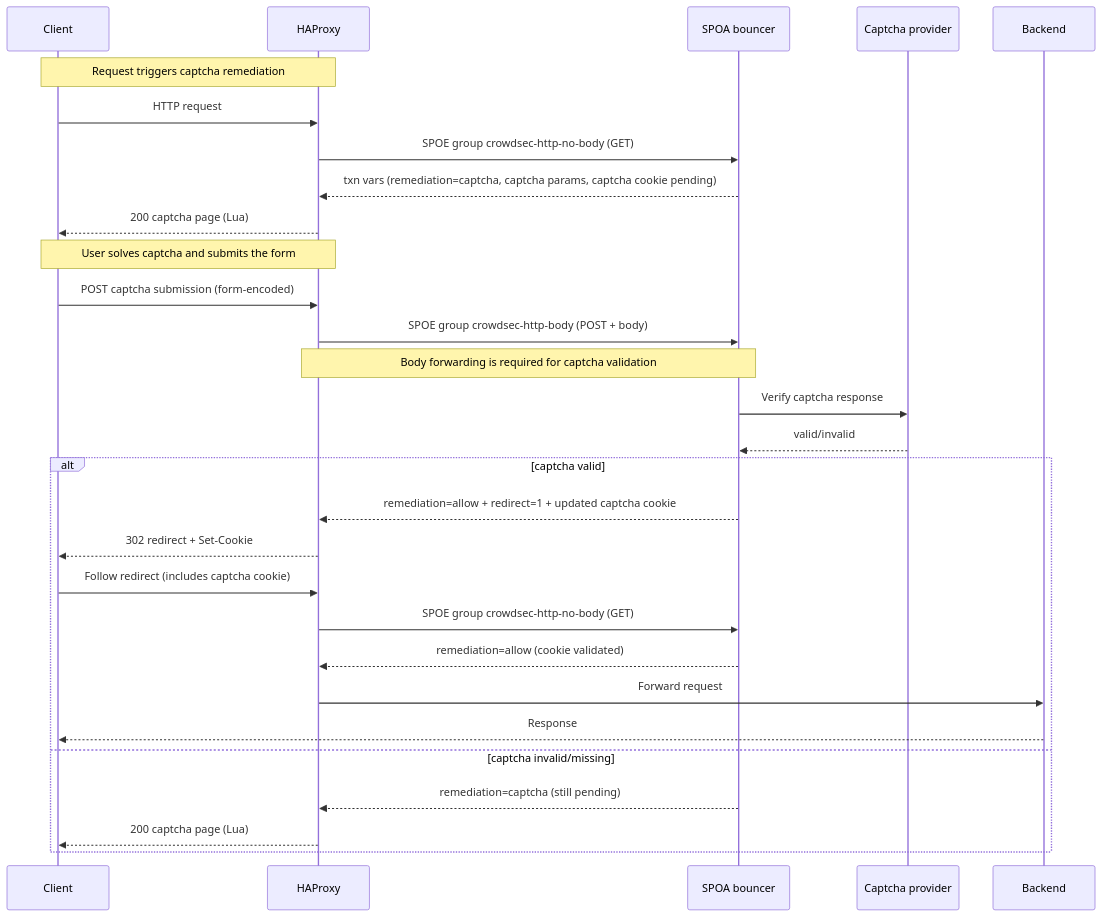
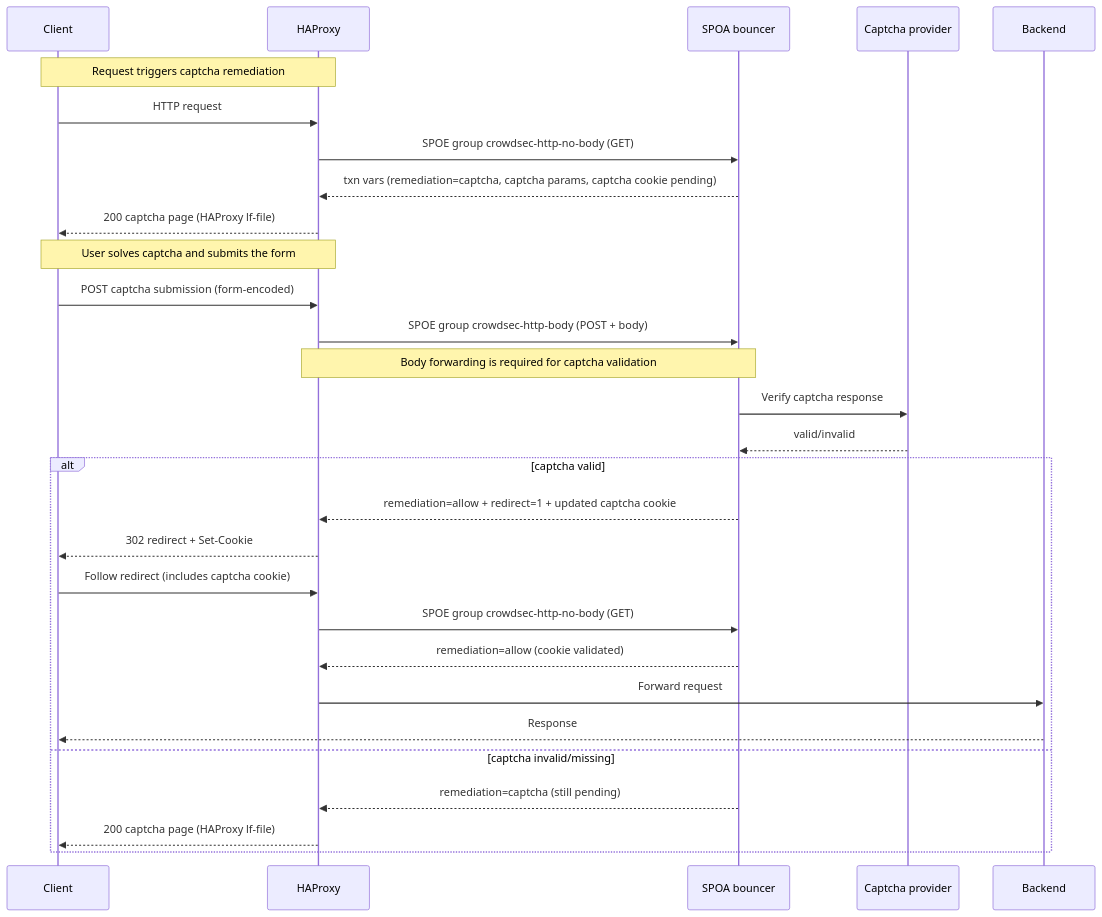
Before and after one commit to crowdsecurity/cs-haproxy-spoa-bouncer: the fourth of 6 diagrams in ARCHITECTURE.md, drawn with Mermaid. The commit also changed other lines of this file and 12 other files, not shown here.

First line of the commit message:
Feature/no lua haproxy rendering (#164)

````diff
--- a/ARCHITECTURE.md
+++ b/ARCHITECTURE.md
@@ -96,34 +96,34 @@
 ```mermaid
 sequenceDiagram
     participant Client
     participant HAProxy
     participant SPOA as SPOA bouncer
     participant Provider as Captcha provider
     participant Backend
 
     Note over Client,HAProxy: Request triggers captcha remediation
     Client->>HAProxy: HTTP request
     HAProxy->>SPOA: SPOE group crowdsec-http-no-body (GET)
     SPOA-->>HAProxy: txn vars (remediation=captcha, captcha params, captcha cookie pending)
-    HAProxy-->>Client: 200 captcha page (Lua)
+    HAProxy-->>Client: 200 captcha page (HAProxy lf-file)
 
     Note over Client,HAProxy: User solves captcha and submits the form
     Client->>HAProxy: POST captcha submission (form-encoded)
     HAProxy->>SPOA: SPOE group crowdsec-http-body (POST + body)
     Note over HAProxy,SPOA: Body forwarding is required for captcha validation
     SPOA->>Provider: Verify captcha response
     Provider-->>SPOA: valid/invalid
 
     alt captcha valid
         SPOA-->>HAProxy: remediation=allow + redirect=1 + updated captcha cookie
         HAProxy-->>Client: 302 redirect + Set-Cookie
         Client->>HAProxy: Follow redirect (includes captcha cookie)
         HAProxy->>SPOA: SPOE group crowdsec-http-no-body (GET)
         SPOA-->>HAProxy: remediation=allow (cookie validated)
         HAProxy->>Backend: Forward request
         Backend-->>Client: Response
     else captcha invalid/missing
         SPOA-->>HAProxy: remediation=captcha (still pending)
-        HAProxy-->>Client: 200 captcha page (Lua)
+        HAProxy-->>Client: 200 captcha page (HAProxy lf-file)
     end
 ```
````
